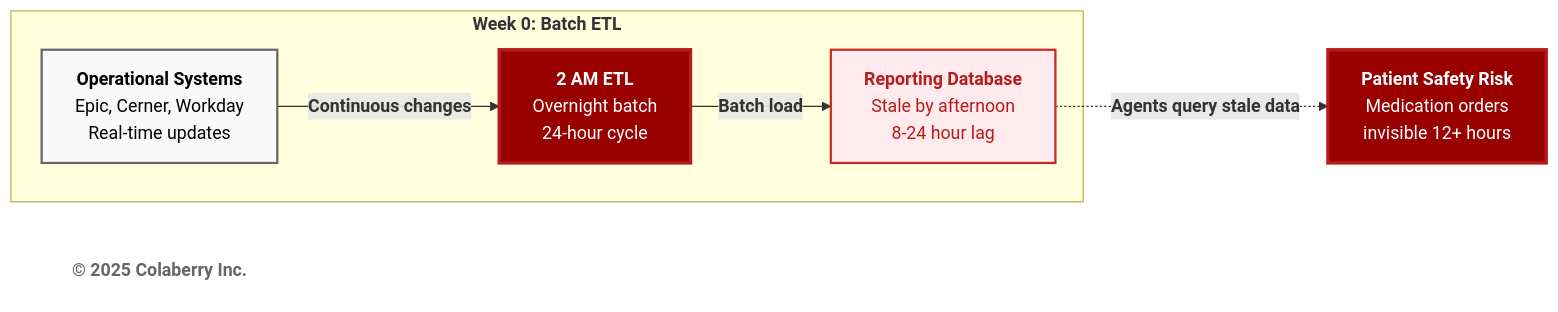
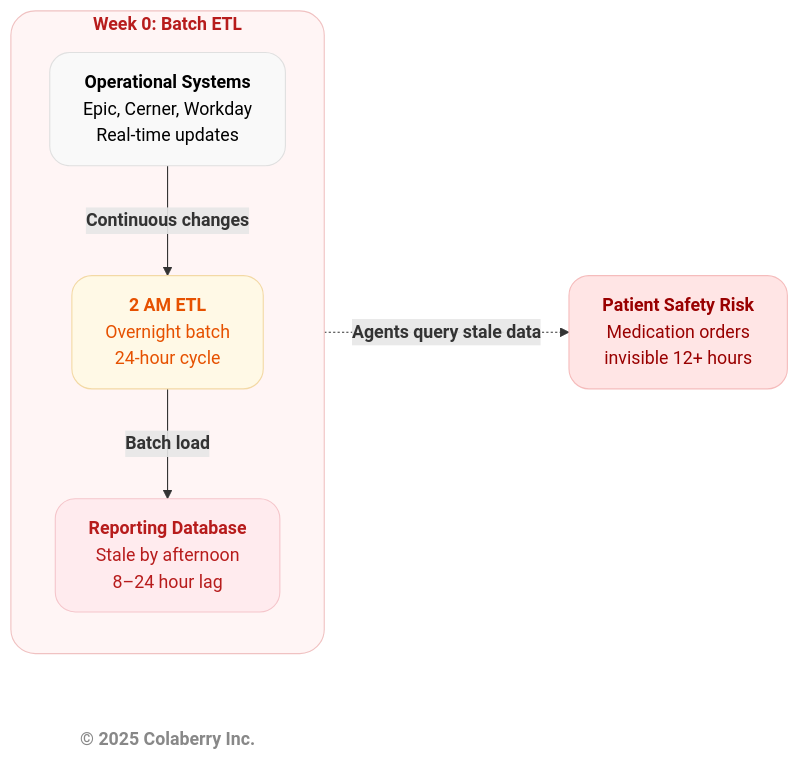
Before and after one commit to saitejesh-cyber/trust-before-intelligence-book: the fourth of 11 diagrams in manuscript/05_chapter_4_foundation_layers.md, drawn with Mermaid. The commit also changed other lines of this file and 4 other files, not shown here.

Commit message:
Chapter 1to5: Updated mermaid diagrams based on new colaberry color code

````diff
--- a/manuscript/05_chapter_4_foundation_layers.md
+++ b/manuscript/05_chapter_4_foundation_layers.md
@@ -281,22 +285,24 @@
 ```mermaid
 graph LR
-    subgraph "<b>Week 0: Batch ETL</b>"
+    subgraph WEEK0["<b>Week 0: Batch ETL</b>"]
+        direction TB
         OPS["<b>Operational Systems</b><br/>Epic, Cerner, Workday<br/>Real-time updates"]
         ETL["<b>2 AM ETL</b><br/>Overnight batch<br/>24-hour cycle"]
-        REPORT["<b>Reporting Database</b><br/>Stale by afternoon<br/>8-24 hour lag"]
+        REPORT["<b>Reporting Database</b><br/>Stale by afternoon<br/>8–24 hour lag"]
     end
     
     RISK["<b>Patient Safety Risk</b><br/>Medication orders<br/>invisible 12+ hours"]
     
     Copyright["<b>© 2025 Colaberry Inc.</b>"]
     
     OPS -->|<b>Continuous changes</b>| ETL
     ETL -->|<b>Batch load</b>| REPORT
     REPORT -.->|<b>Agents query stale data</b>| RISK
     
-    style OPS fill:#f9f9f9,stroke:#666666,stroke-width:2px,color:#000000
-    style ETL fill:#990000,color:#ffffff,stroke:#b71c1c,stroke-width:3px
-    style REPORT fill:#ffebee,stroke:#c62828,stroke-width:2px,color:#b71c1c
-    style RISK fill:#990000,color:#ffffff,stroke:#b71c1c,stroke-width:3px
-    style Copyright fill:#ffffff,stroke:none,color:#666666
+    style OPS fill:#f9f9f9,stroke:#e0e0e0,stroke-width:1px,color:#000000,rx:18,ry:18
+    style ETL fill:#fff9e6,stroke:#f3d9a5,stroke-width:1px,color:#e65100,rx:18,ry:18
+    style REPORT fill:#ffebee,stroke:#f5c6cb,stroke-width:1px,color:#b71c1c,rx:18,ry:18
+    style RISK fill:#ffe5e5,stroke:#f5bcbc,stroke-width:1px,color:#990000,rx:18,ry:18
+    style WEEK0 fill:#fff5f5,stroke:#f0c2c2,stroke-width:1px,color:#b71c1c,rx:22,ry:22
+    style Copyright fill:none,stroke:none,color:#888888
 ```
````
